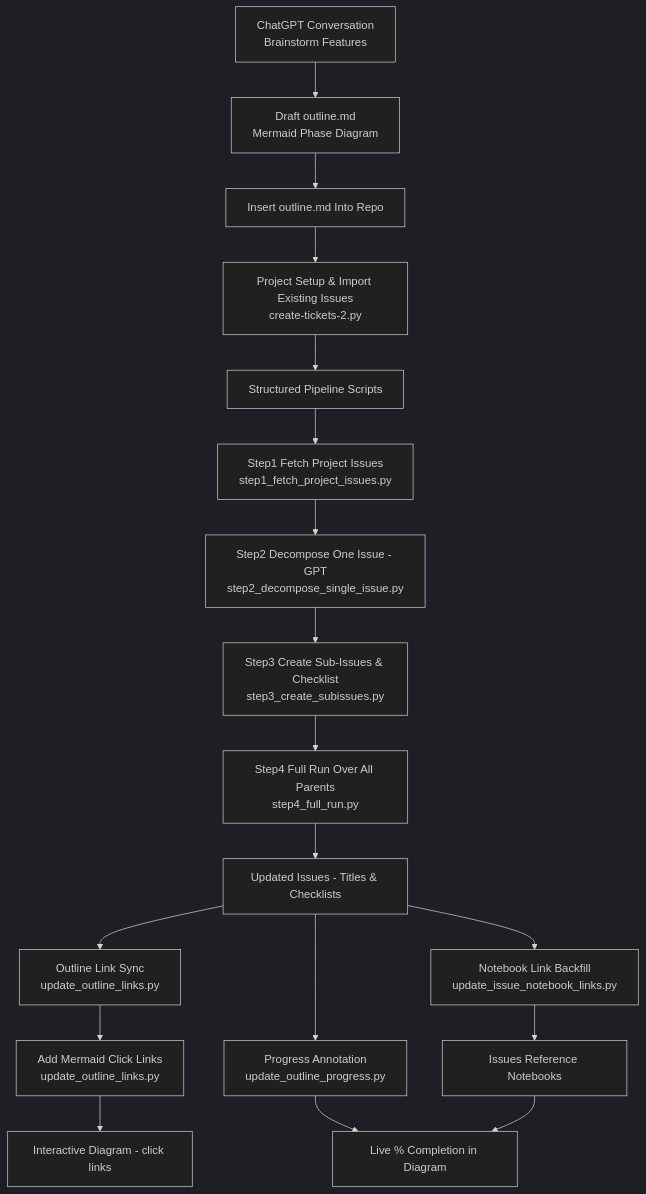
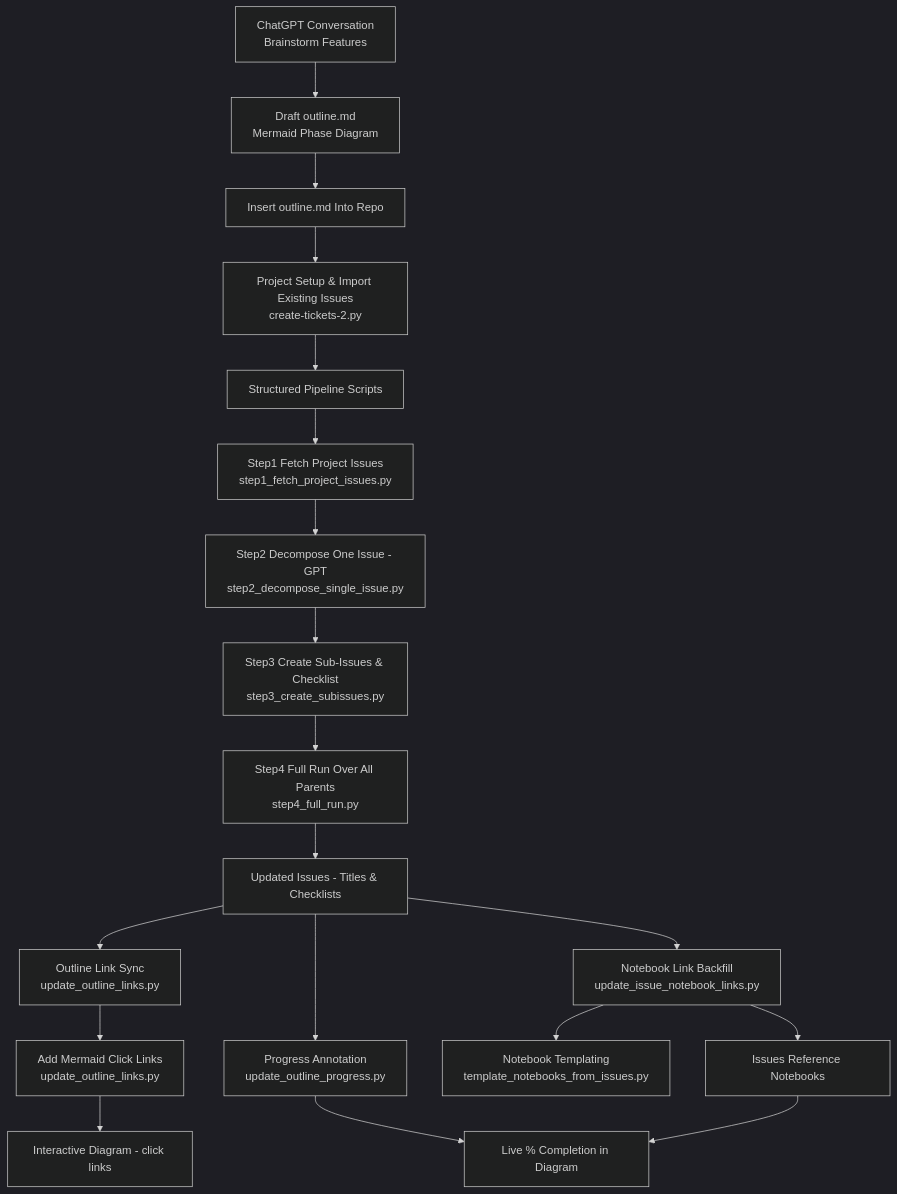
One commit to alexanderwiebe/owl-client-relationship changed the diagram in story-building/process.md. Above: the diagram before and after it, drawn with Mermaid (dark theme). The commit also changed other lines of this file and 8 other files, not shown here.

Commit message:
updated process to go from issues to create jupyter notebooks

````diff
--- a/story-building/process.md
+++ b/story-building/process.md
@@ -7,20 +7,21 @@
 ```mermaid
 flowchart TD
     A[ChatGPT Conversation<br/>Brainstorm Features] --> B[Draft outline.md<br/>Mermaid Phase Diagram]
     B --> C[Insert outline.md Into Repo]
     C --> D[Project Setup & Import Existing Issues<br/>create-tickets-2.py]
     D --> E[Structured Pipeline Scripts]
   E --> E1[Step1 Fetch Project Issues<br/>step1_fetch_project_issues.py]
   E1 --> E2[Step2 Decompose One Issue - GPT<br/>step2_decompose_single_issue.py]
   E2 --> E3[Step3 Create Sub-Issues & Checklist<br/>step3_create_subissues.py]
   E3 --> E4[Step4 Full Run Over All Parents<br/>step4_full_run.py]
   E4 --> F[Updated Issues - Titles & Checklists]
   F --> G[Outline Link Sync<br/>update_outline_links.py]
   G --> H[Add Mermaid Click Links<br/>update_outline_links.py]
   F --> I[Progress Annotation<br/>update_outline_progress.py]
   F --> J[Notebook Link Backfill<br/>update_issue_notebook_links.py]
+  J --> N[Notebook Templating<br/>template_notebooks_from_issues.py]
     J --> K[Issues Reference Notebooks]
   H --> L[Interactive Diagram - click links]
     I --> M[Live % Completion in Diagram]
     K --> M
 ```
````
